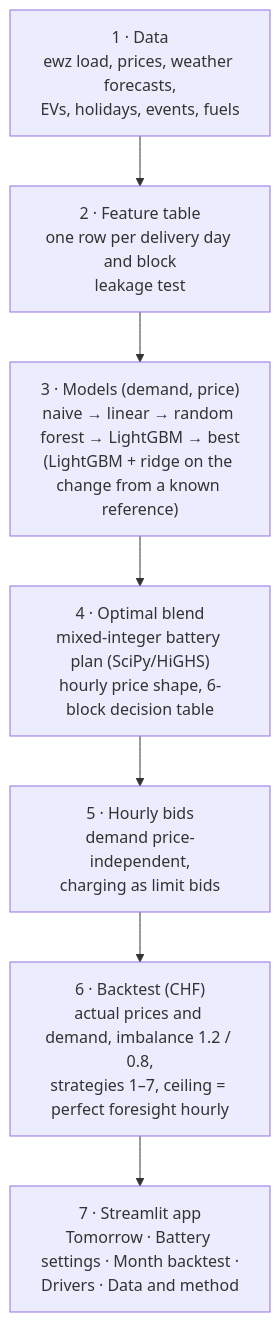
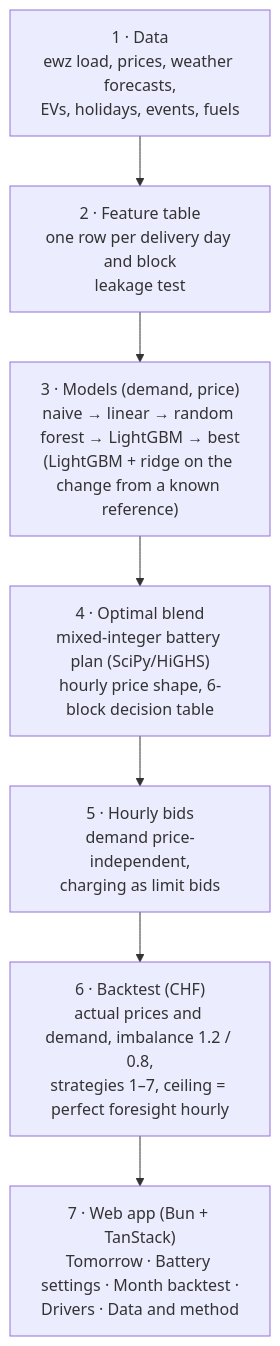
Before and after one commit to nicolasgarbea-lang/Data-analysis-and-processes: the second of 2 diagrams in day_ahead_planning.md, drawn with Mermaid. The commit also changed 110 other files, not shown here.

Commit message:
Replace the Streamlit app with a Bun + TanStack web app; add data export and planning API

````diff
--- a/day_ahead_planning.md
+++ b/day_ahead_planning.md
@@ -74,9 +74,9 @@
 ```mermaid
 flowchart TD
     D["1 · Data<br/>ewz load, prices, weather forecasts,<br/>EVs, holidays, events, fuels"] --> F["2 · Feature table<br/>one row per delivery day and block<br/>leakage test"]
     F --> M["3 · Models (demand, price)<br/>naive → linear → random forest → LightGBM → best<br/>(LightGBM + ridge on the change from a known reference)"]
     M --> O["4 · Optimal blend<br/>mixed-integer battery plan (SciPy/HiGHS)<br/>hourly price shape, 6-block decision table"]
     O --> B["5 · Hourly bids<br/>demand price-independent,<br/>charging as limit bids"]
     B --> E["6 · Backtest (CHF)<br/>actual prices and demand, imbalance 1.2 / 0.8,<br/>strategies 1–7, ceiling = perfect foresight hourly"]
-    E --> APP["7 · Streamlit app<br/>Tomorrow · Battery settings · Month backtest ·<br/>Drivers · Data and method"]
+    E --> APP["7 · Web app (Bun + TanStack)<br/>Tomorrow · Battery settings · Month backtest ·<br/>Drivers · Data and method"]
 ```
````
